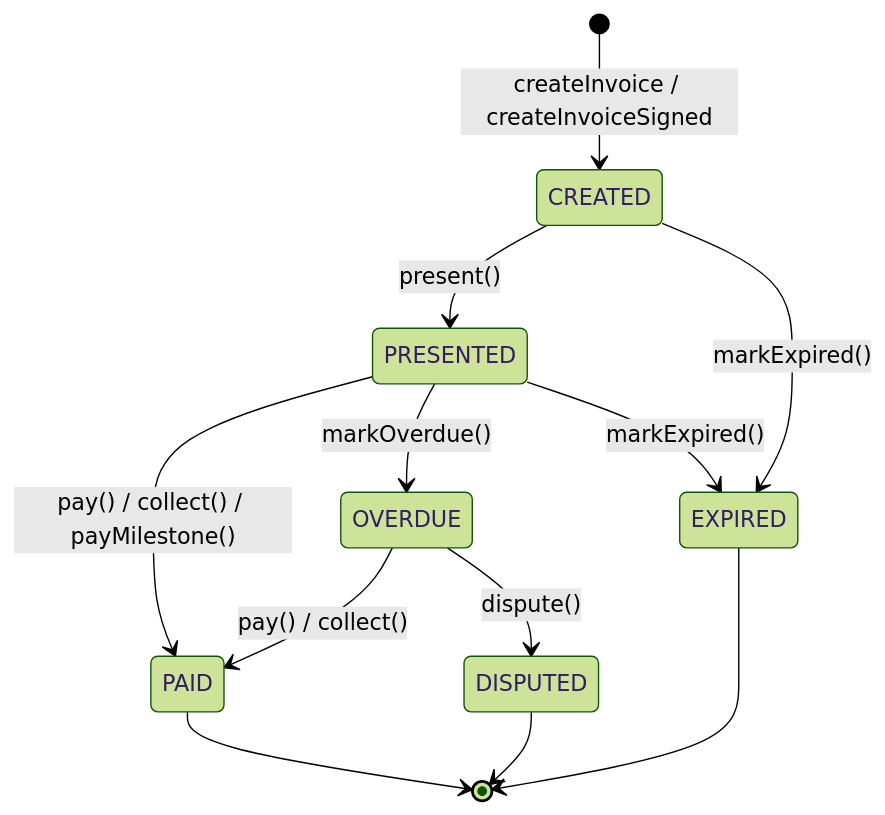
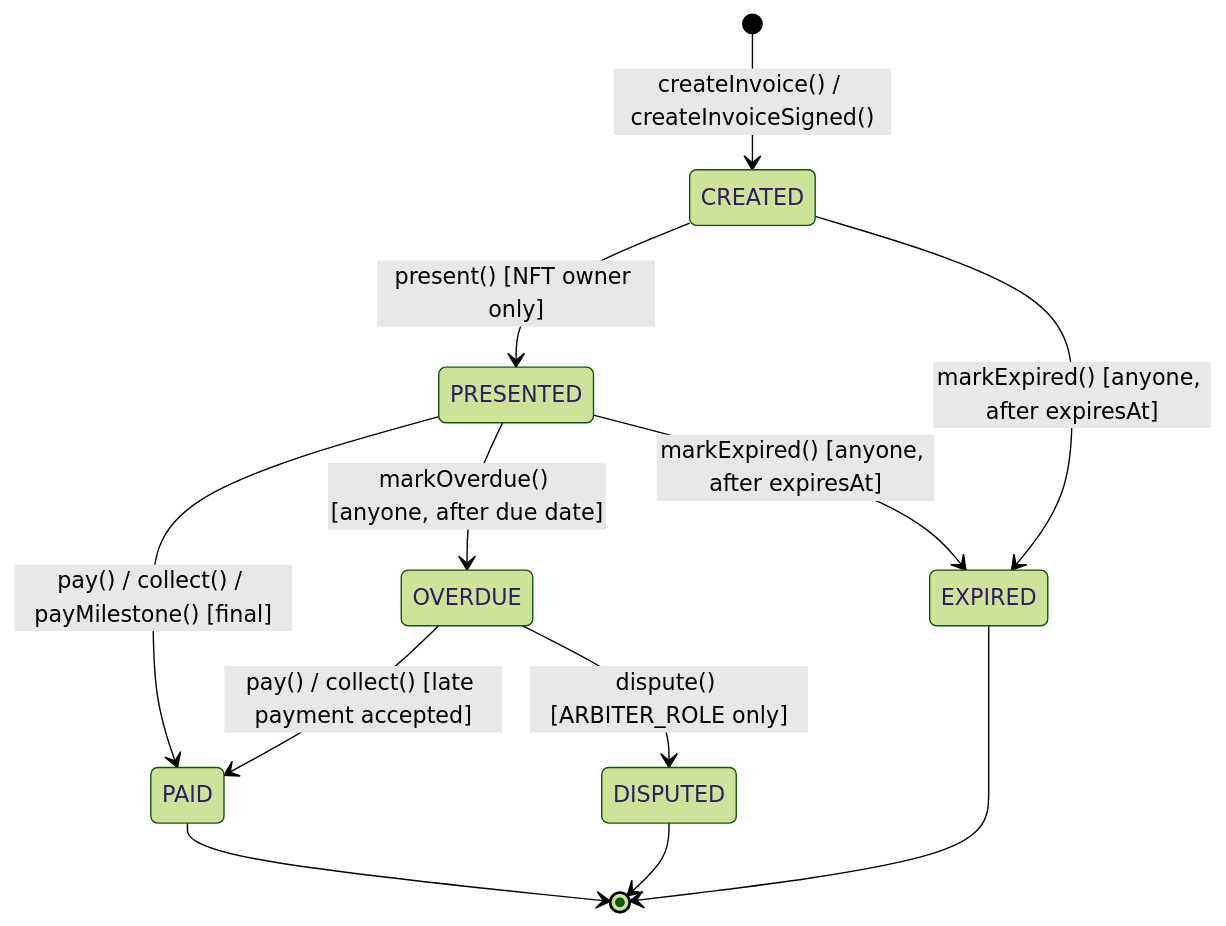
One commit to itsme-boii/archetectures changed the second of 4 diagrams in README.md. Above: the diagram before and after it, drawn with Mermaid (forest theme). The commit also changed other lines of this file, not shown here.

````diff
--- a/README.md
+++ b/README.md
@@ -58,14 +120,14 @@
 ```mermaid
 stateDiagram-v2
-    [*] --> CREATED: createInvoice / createInvoiceSigned
-    CREATED --> PRESENTED: present()
-    CREATED --> EXPIRED: markExpired()
-    PRESENTED --> PAID: pay() / collect() / payMilestone()
-    PRESENTED --> OVERDUE: markOverdue()
-    PRESENTED --> EXPIRED: markExpired()
-    OVERDUE --> PAID: pay() / collect()
-    OVERDUE --> DISPUTED: dispute()
+    [*] --> CREATED: createInvoice() / createInvoiceSigned()
+    CREATED --> PRESENTED: present() [NFT owner only]
+    CREATED --> EXPIRED: markExpired() [anyone, after expiresAt]
+    PRESENTED --> PAID: pay() / collect() / payMilestone() [final]
+    PRESENTED --> OVERDUE: markOverdue() [anyone, after due date]
+    PRESENTED --> EXPIRED: markExpired() [anyone, after expiresAt]
+    OVERDUE --> PAID: pay() / collect() [late payment accepted]
+    OVERDUE --> DISPUTED: dispute() [ARBITER_ROLE only]
     PAID --> [*]
     EXPIRED --> [*]
     DISPUTED --> [*]
 ```
````
